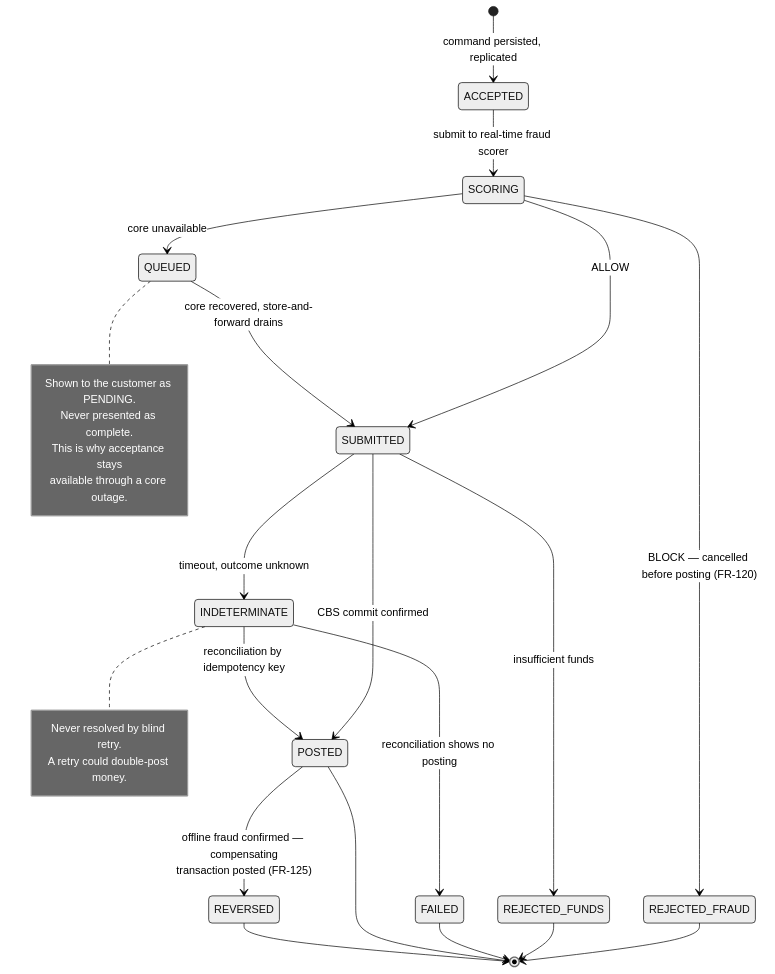
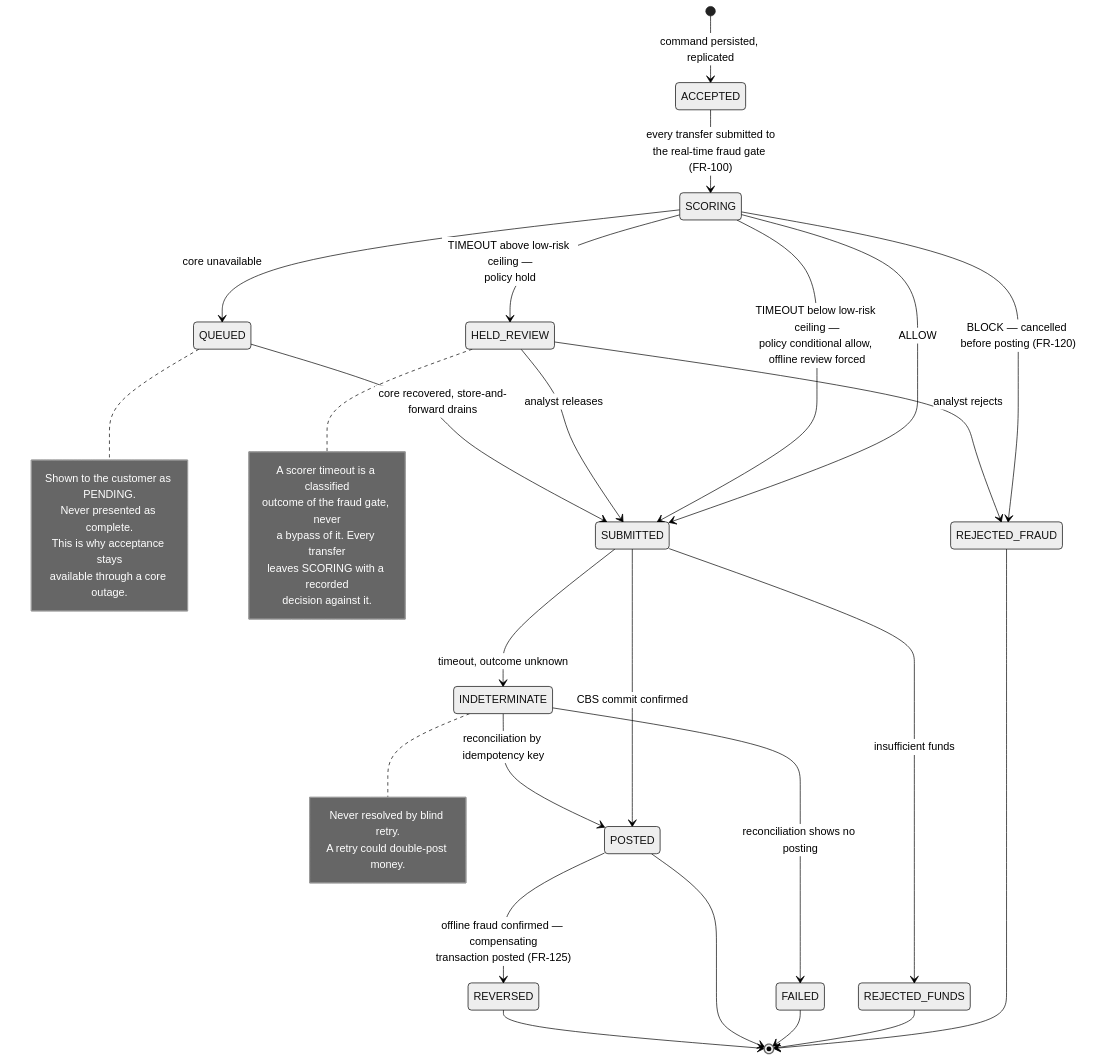
Diagram 14 of 15 in docs/solution/diagrams.md (sunnydubey1111/neobank-digital-leap), drawn with Mermaid (neutral theme) before and after one commit. The commit also changed other lines of this file and 2 other files, not shown here.

````diff
--- a/docs/solution/diagrams.md
+++ b/docs/solution/diagrams.md
@@ -650,32 +655,44 @@
 ```mermaid
 stateDiagram-v2
     [*] --> ACCEPTED: command persisted, replicated
-    ACCEPTED --> SCORING: submit to real-time fraud scorer
+    ACCEPTED --> SCORING: every transfer submitted to<br/>the real-time fraud gate (FR-100)
     SCORING --> REJECTED_FRAUD: BLOCK — cancelled before posting (FR-120)
     SCORING --> QUEUED: core unavailable
     SCORING --> SUBMITTED: ALLOW
+    SCORING --> SUBMITTED: TIMEOUT below low-risk ceiling —<br/>policy conditional allow, offline review forced
+    SCORING --> HELD_REVIEW: TIMEOUT above low-risk ceiling —<br/>policy hold
+    HELD_REVIEW --> SUBMITTED: analyst releases
+    HELD_REVIEW --> REJECTED_FRAUD: analyst rejects
     QUEUED --> SUBMITTED: core recovered, store-and-forward drains
     SUBMITTED --> POSTED: CBS commit confirmed
     SUBMITTED --> REJECTED_FUNDS: insufficient funds
     SUBMITTED --> INDETERMINATE: timeout, outcome unknown
     INDETERMINATE --> POSTED: reconciliation by idempotency key
     INDETERMINATE --> FAILED: reconciliation shows no posting
     POSTED --> REVERSED: offline fraud confirmed — compensating<br/>transaction posted (FR-125)
     REJECTED_FRAUD --> [*]
     REJECTED_FUNDS --> [*]
     FAILED --> [*]
     POSTED --> [*]
     REVERSED --> [*]
 
     note right of QUEUED
         Shown to the customer as PENDING.
         Never presented as complete.
         This is why acceptance stays
         available through a core outage.
     end note
 
     note right of INDETERMINATE
         Never resolved by blind retry.
         A retry could double-post money.
     end note
+
+    note right of HELD_REVIEW
+        A scorer timeout is a classified
+        outcome of the fraud gate, never
+        a bypass of it. Every transfer
+        leaves SCORING with a recorded
+        decision against it.
+    end note
 ```
````
